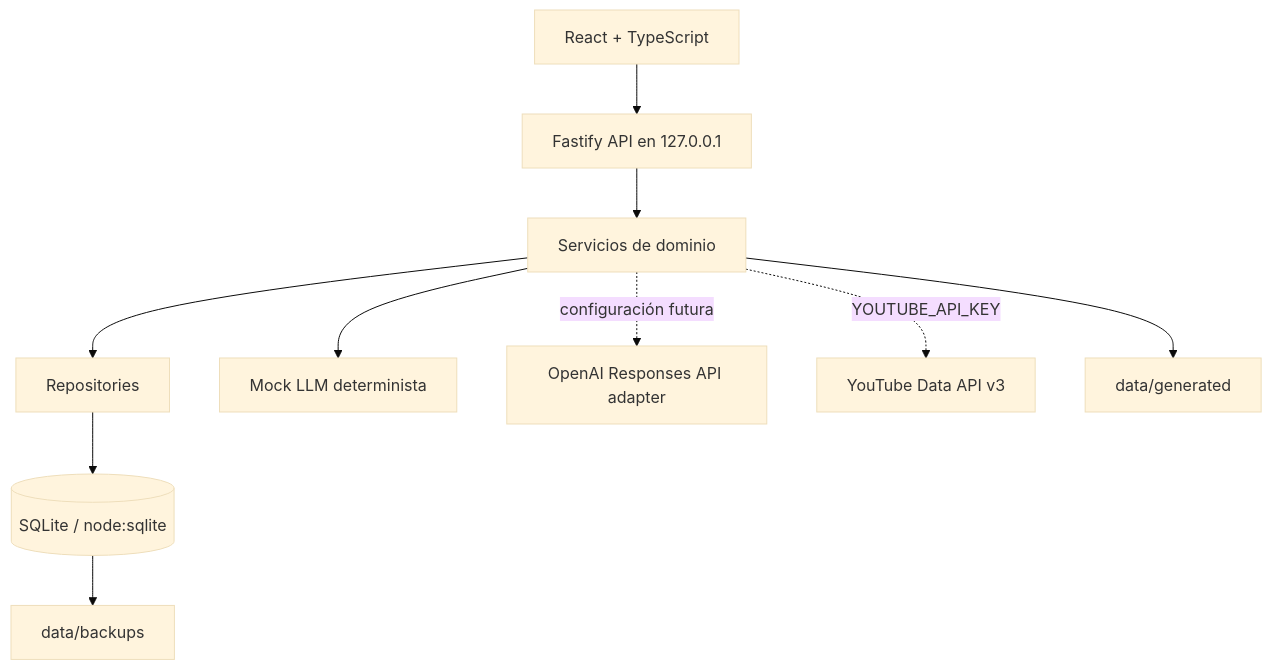
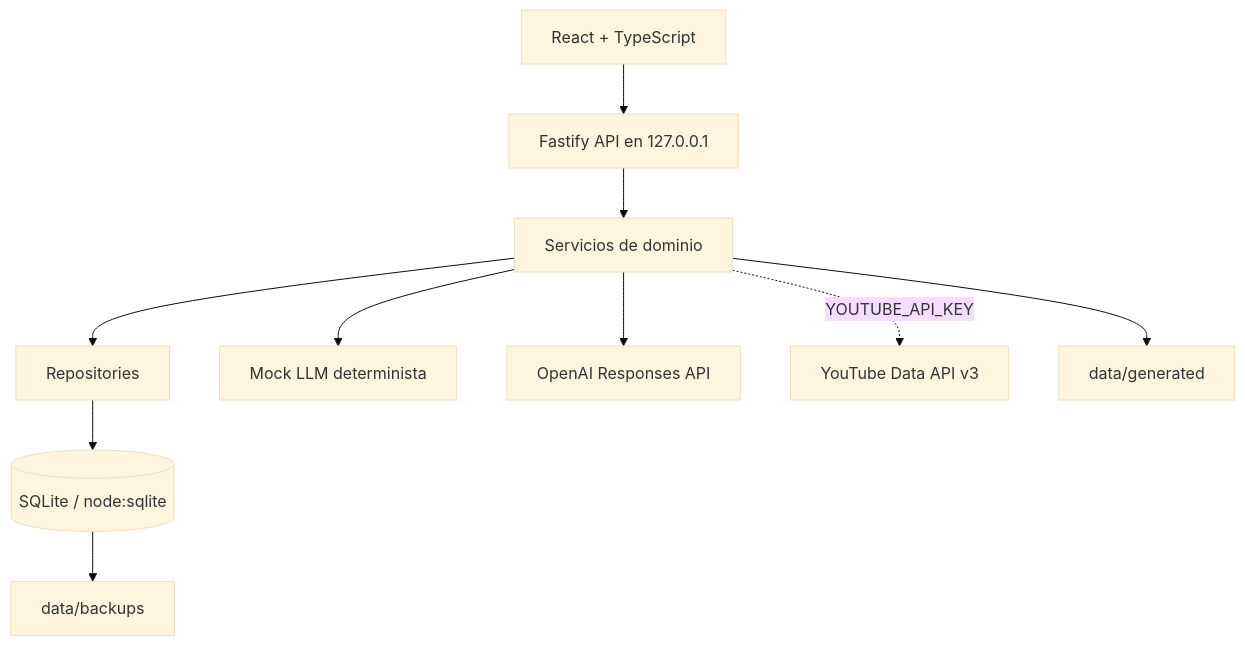
One commit to javierbolivia/copa changed the diagram in FINAL_BUILD_REPORT.md. Above: the diagram before and after it, drawn with Mermaid (base theme). The commit also changed other lines of this file and 26 other files, not shown here.

````diff
--- a/FINAL_BUILD_REPORT.md
+++ b/FINAL_BUILD_REPORT.md
@@ -9,12 +11,12 @@
 ```mermaid
 flowchart TD
   UI[React + TypeScript] --> API[Fastify API en 127.0.0.1]
   API --> Services[Servicios de dominio]
   Services --> Repos[Repositories]
   Repos --> DB[(SQLite / node:sqlite)]
   Services --> Mock[Mock LLM determinista]
-  Services -. configuración futura .-> OpenAI[OpenAI Responses API adapter]
+  Services --> OpenAI[OpenAI Responses API]
   Services -. YOUTUBE_API_KEY .-> YouTube[YouTube Data API v3]
   Services --> Files[data/generated]
   DB --> Backups[data/backups]
 ```
````
